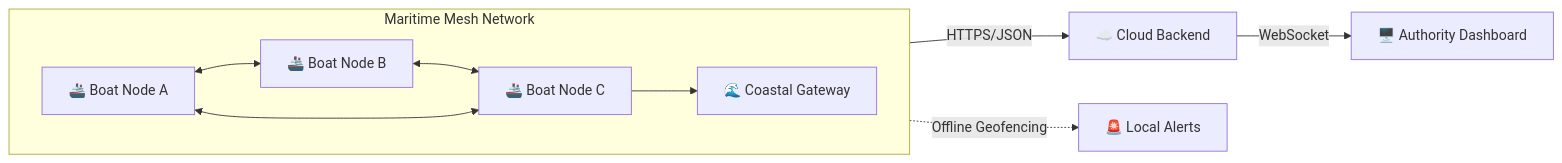
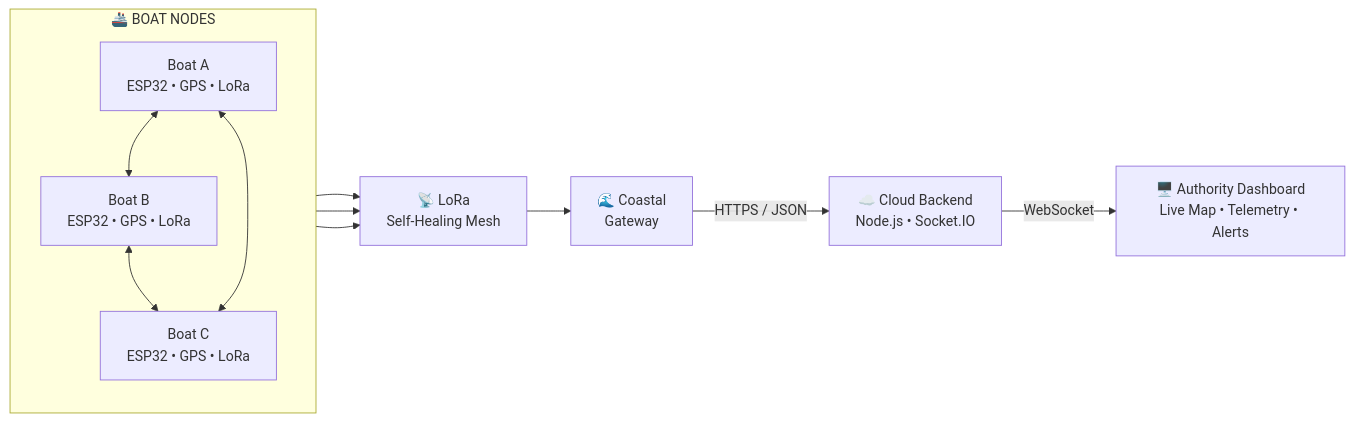
The diagram in README.md (pranesdev/pranesdev), drawn with Mermaid before and after one commit. The commit also changed other lines of this file, not shown here.

````diff
--- a/README.md
+++ b/README.md
@@ -76,15 +76,31 @@
 ```mermaid
 flowchart LR
-    subgraph MeshNetwork ["Maritime Mesh Network"]
-        direction LR
-        B1["🚢 Boat Node A"] <--> B2["🚢 Boat Node B"]
-        B2 <--> B3["🚢 Boat Node C"]
+
+    subgraph BOATS["🚢 BOAT NODES"]
+        direction TB
+
+        B1["Boat A<br/>ESP32 • GPS • LoRa"]
+        B2["Boat B<br/>ESP32 • GPS • LoRa"]
+        B3["Boat C<br/>ESP32 • GPS • LoRa"]
+
+        B1 <--> B2
+        B2 <--> B3
         B1 <--> B3
-        B3 --> GW["🌊 Coastal Gateway"]
     end
 
-    GW -->|"HTTPS/JSON"| CLOUD["☁️ Cloud Backend"]
-    CLOUD -->|"WebSocket"| DASH["🖥️ Authority Dashboard"]
+    MESH["📡 LoRa<br/>Self-Healing Mesh"]
 
-    B1 -.->|"Offline Geofencing"| ALERTS["🚨 Local Alerts"]
+    GW["🌊 Coastal<br/>Gateway"]
+
+    CLOUD["☁️ Cloud Backend<br/>Node.js • Socket.IO"]
+
+    DASH["🖥️ Authority Dashboard<br/>Live Map • Telemetry • Alerts"]
+
+    B1 --> MESH
+    B2 --> MESH
+    B3 --> MESH
+
+    MESH --> GW
+    GW -->|"HTTPS / JSON"| CLOUD
+    CLOUD -->|"WebSocket"| DASH
 ```
````
